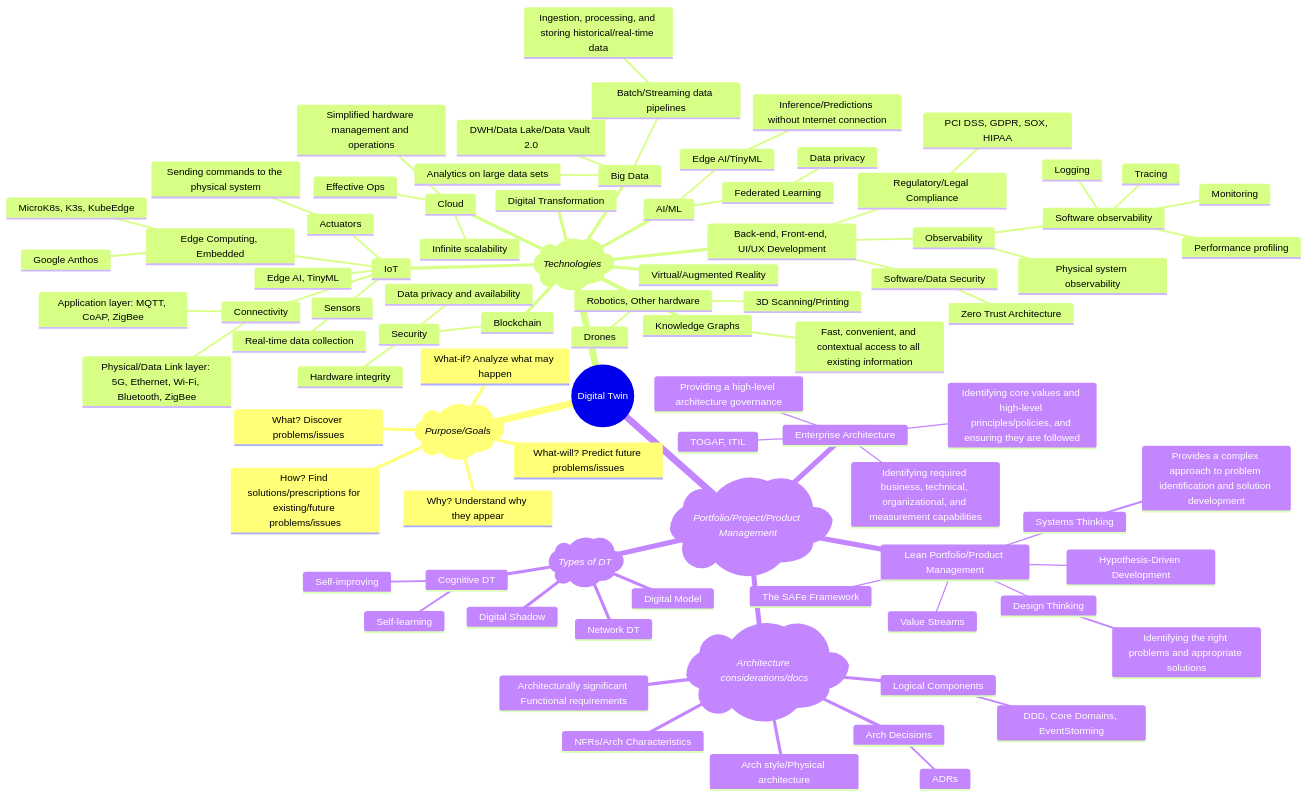
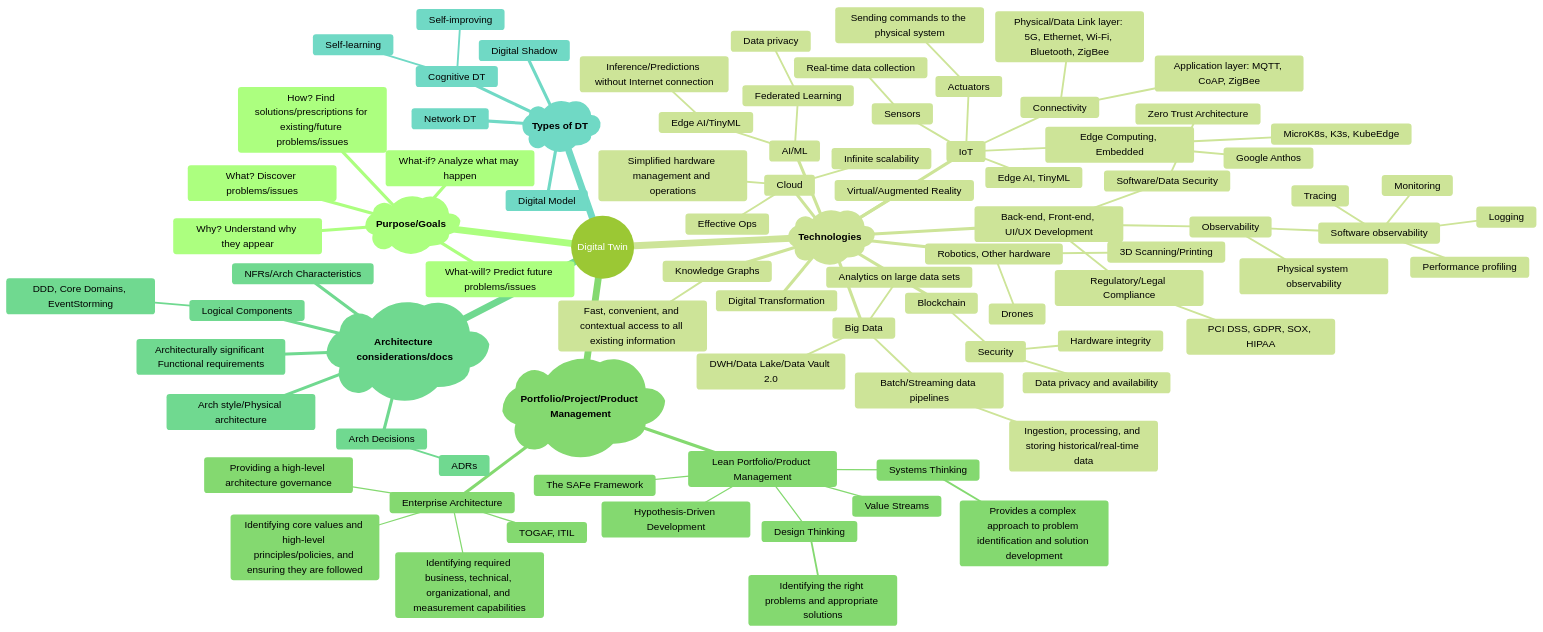
One commit to stolser/general-research changed the diagram in Digital Twins/Digital twin mind map.md. Above: the diagram before and after it, drawn with Mermaid.

Commit message:
Update Digital twin mind map

````diff
--- a/Digital Twins/Digital twin mind map.md
+++ b/Digital Twins/Digital twin mind map.md
@@ -3,14 +3,19 @@
 ```mermaid
+%%{
+  init: {
+    'theme':'forest'
+  }
+}%%
 
 mindmap
   root((Digital Twin))
-    id)"*Purpose/Goals*"(
+    id1)"`**Purpose/Goals**`"(
       What? Discover problems/issues
       Why? Understand why they appear
       What-if? Analyze what may happen
       What-will? Predict future problems/issues
       How? Find solutions/prescriptions for existing/future problems/issues
-    id)"*Technologies*"(
+    id2)"`**Technologies**`"(
       Digital Transformation
       IoT
         Sensors
@@ -60,7 +65,7 @@
           Zero Trust Architecture
         Regulatory/Legal Compliance
           PCI DSS, GDPR, SOX, HIPAA
-	  id)"*Portfolio/Project/Product Management*"(
+    id3)"**Portfolio/Project/Product Management**"(
 	    Enterprise Architecture
 	      TOGAF, ITIL
 	      Providing a high-level architecture governance
@@ -74,7 +79,7 @@
 	        Identifying the right problems and appropriate solutions
 	      The SAFe Framework
 	      Hypothesis-Driven Development
-    id)"*Architecture considerations/docs*"(
+    id4)"**Architecture considerations/docs**"(
       Architecturally significant Functional requirements
       Logical Components
         DDD, Core Domains, EventStorming
@@ -82,7 +87,7 @@
       Arch style/Physical architecture
       Arch Decisions
         ADRs
-    id)"*Types of DT*"(
+    id5)"**Types of DT**"(
       Digital Model
       Digital Shadow
       Network DT
````
